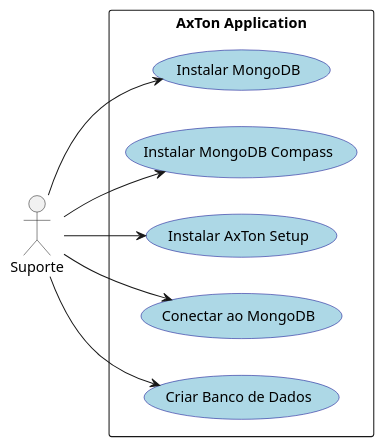
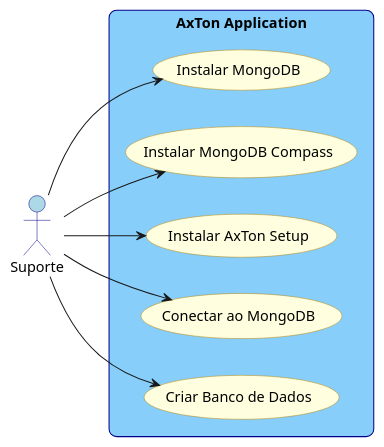
One commit to Axion-Tecnologia/Documentacao_Atualizada changed the first of 2 diagrams in Writerside/topics/BTN.md. Above: the diagram before and after it, drawn with PlantUML. The commit also changed other lines of this file and 7 other files, not shown here.

```diff
--- a/Writerside/topics/BTN.md
+++ b/Writerside/topics/BTN.md
@@ -7,21 +7,31 @@
 @startuml
-skinparam packageStyle rectangle
-skinparam usecase {
+skinparam rectangle {
+    BackgroundColor LightSkyBlue
+    BorderColor DarkBlue
+    RoundCorner 15
+}
+skinparam actor {
     BackgroundColor LightBlue
     BorderColor DarkBlue
 }
+skinparam usecase {
+    BackgroundColor LightYellow
+    BorderColor DarkGoldenRod
+    RoundCorner 15
+}
+
 left to right direction
 actor Suporte as U
 rectangle "AxTon Application" {
 usecase "Instalar MongoDB" as InstallMongo
 usecase "Instalar MongoDB Compass" as InstallCompass
 usecase "Instalar AxTon Setup" as InstallAxTon
 usecase "Conectar ao MongoDB" as ConnectMongo
 usecase "Criar Banco de Dados" as CreateDB
 U --> InstallMongo
 U --> InstallCompass
 U --> InstallAxTon
 U --> ConnectMongo
 U --> CreateDB
 }
 @enduml
```
